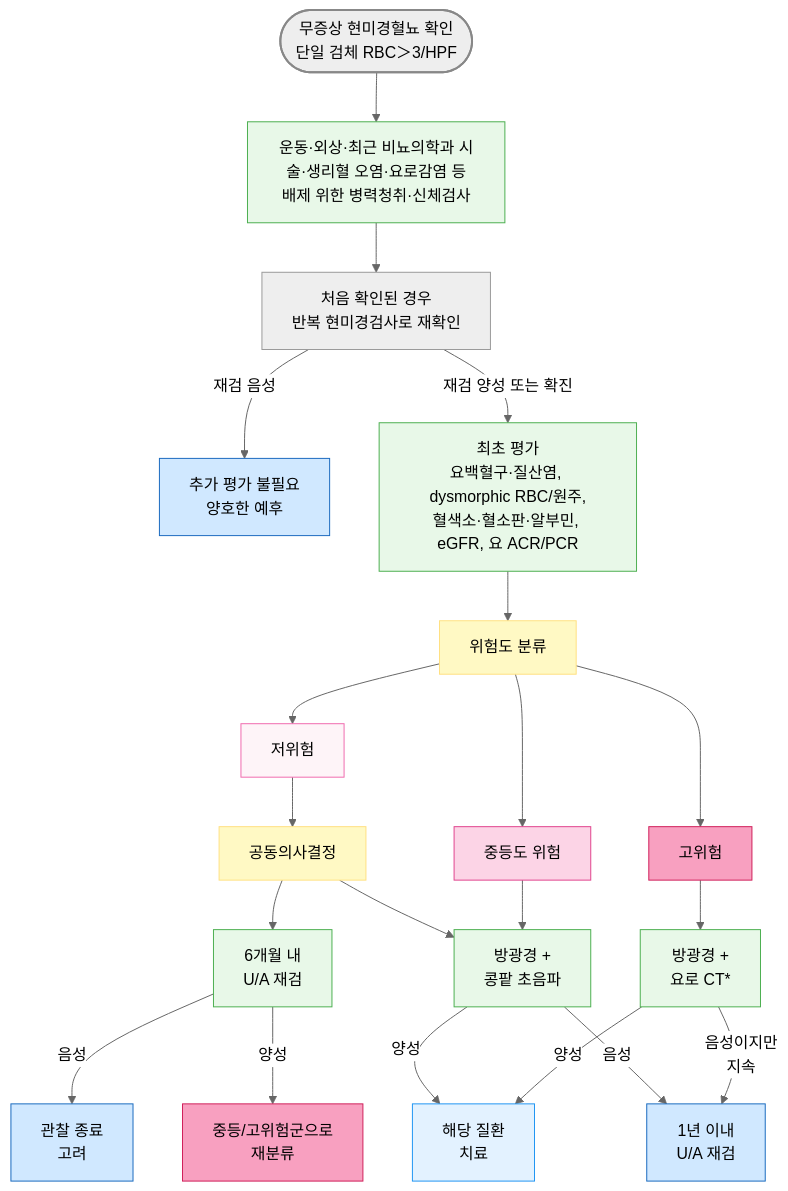
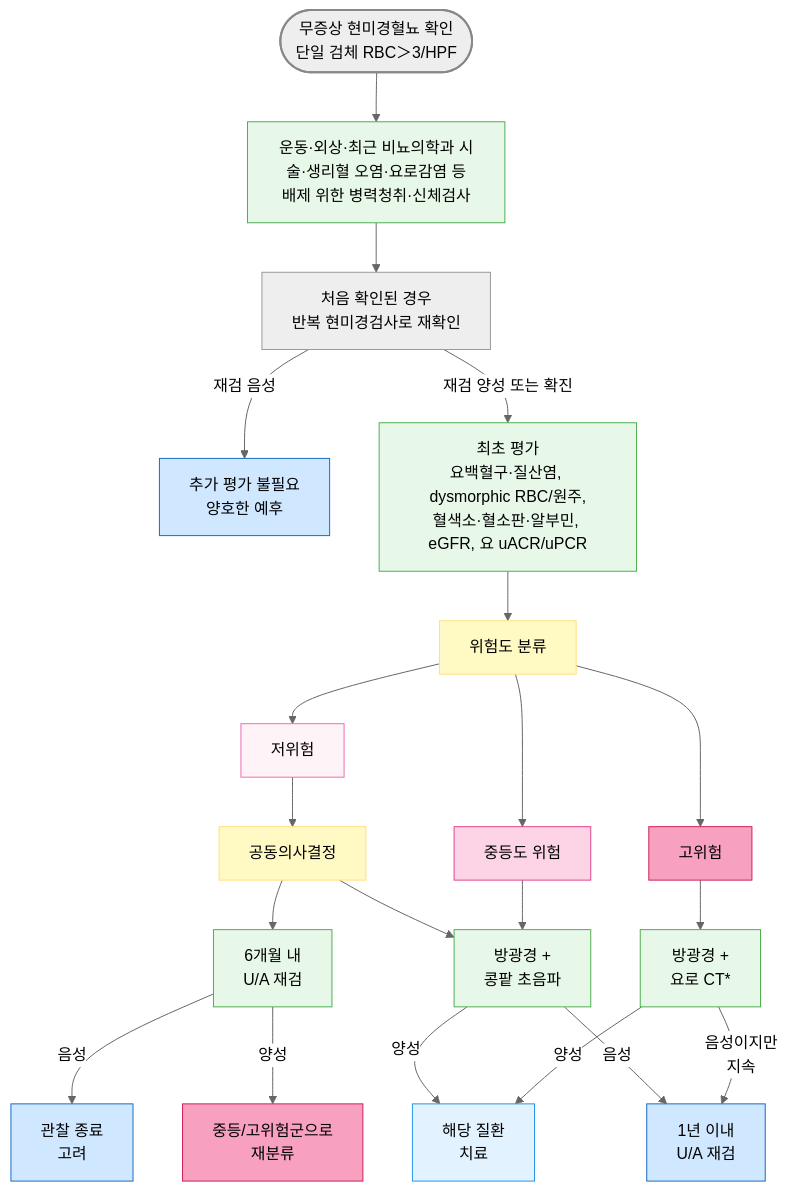
Before and after one commit to familyoh77/familyoh77: the diagram in 227_/110_-hematuria.md, drawn with Mermaid (neutral theme). The commit also changed other lines of this file and 2 other files, not shown here.

````diff
--- a/227_/110_-hematuria.md
+++ b/227_/110_-hematuria.md
@@ -144,38 +144,38 @@
 ```mermaid
 graph TD
     A([무증상 현미경혈뇨 확인<br>단일 검체 RBC＞3/HPF]) --> B[운동·외상·최근 비뇨의학과 시술·생리혈 오염·요로감염 등<br>배제 위한 병력청취·신체검사]
     B --> C[처음 확인된 경우<br>반복 현미경검사로 재확인]
     C -->|재검 음성| C1[추가 평가 불필요<br>양호한 예후]
-    C -->|재검 양성 또는 확진| D0[최초 평가<br>요백혈구·질산염, dysmorphic RBC/원주,<br>혈색소·혈소판·알부민, eGFR, 요 ACR/PCR]
+    C -->|재검 양성 또는 확진| D0[최초 평가<br>요백혈구·질산염, dysmorphic RBC/원주,<br>혈색소·혈소판·알부민, eGFR, 요 uACR/uPCR]
     D0 --> D[위험도 분류]
     D --> E[저위험]
     D --> F[중등도 위험]
     D --> G[고위험]
 
     E --> E1[공동의사결정]
     E1 --> E2[6개월 내 <br>U/A 재검]
     E1 --> CYS[방광경 + <br>콩팥 초음파]
     E2 -->|음성| E4[관찰 종료 <br>고려]
     E2 -->|양성| G0[중등/고위험군으로<br> 재분류]
     F --> CYS
     CYS -->|양성| H1[해당 질환 <br>치료]
     CYS -->|음성| F2[1년 이내 <br>U/A 재검]
 
     G --> G1[방광경 + <br>요로 CT*]
     G1 -->|양성| H1
     G1 -->|음성이지만 <br>지속| F2
 
 style A fill:#eeeeee,stroke:#888888,stroke-width:2px
 classDef lightGreen fill:#e8f8e8,stroke:#4caf50
 class B,D0,E2,E4,CYS,G1 lightGreen
 classDef blue fill:#d0e8ff,stroke:#1a6abf
 class C1,E4,F2 blue
 classDef sky fill:#e3f2ff,stroke:#2196f3
 class H1 sky
 classDef yellow fill:#fff9c4,stroke:#ffe082
 class E1,D yellow
 style E fill:#fef4f8,stroke:#f06baf
 style F fill:#fcd4e6,stroke:#e0448e
 style G fill:#f8a0c0,stroke:#d01f5a
 style G0 fill:#f8a0c0,stroke:#d01f5a
 ```
````
